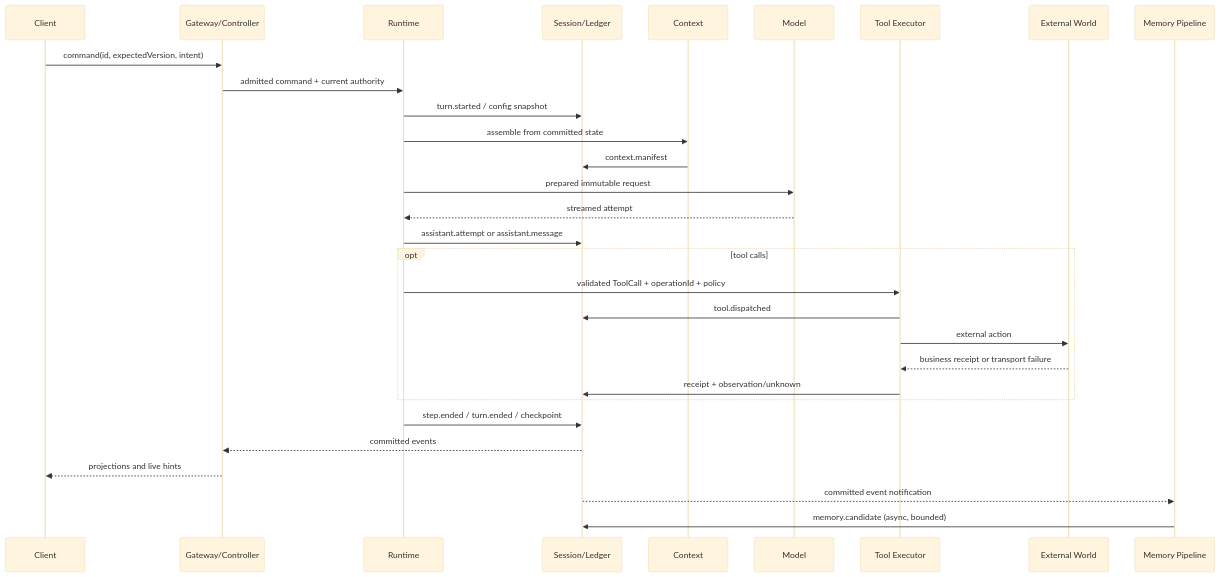
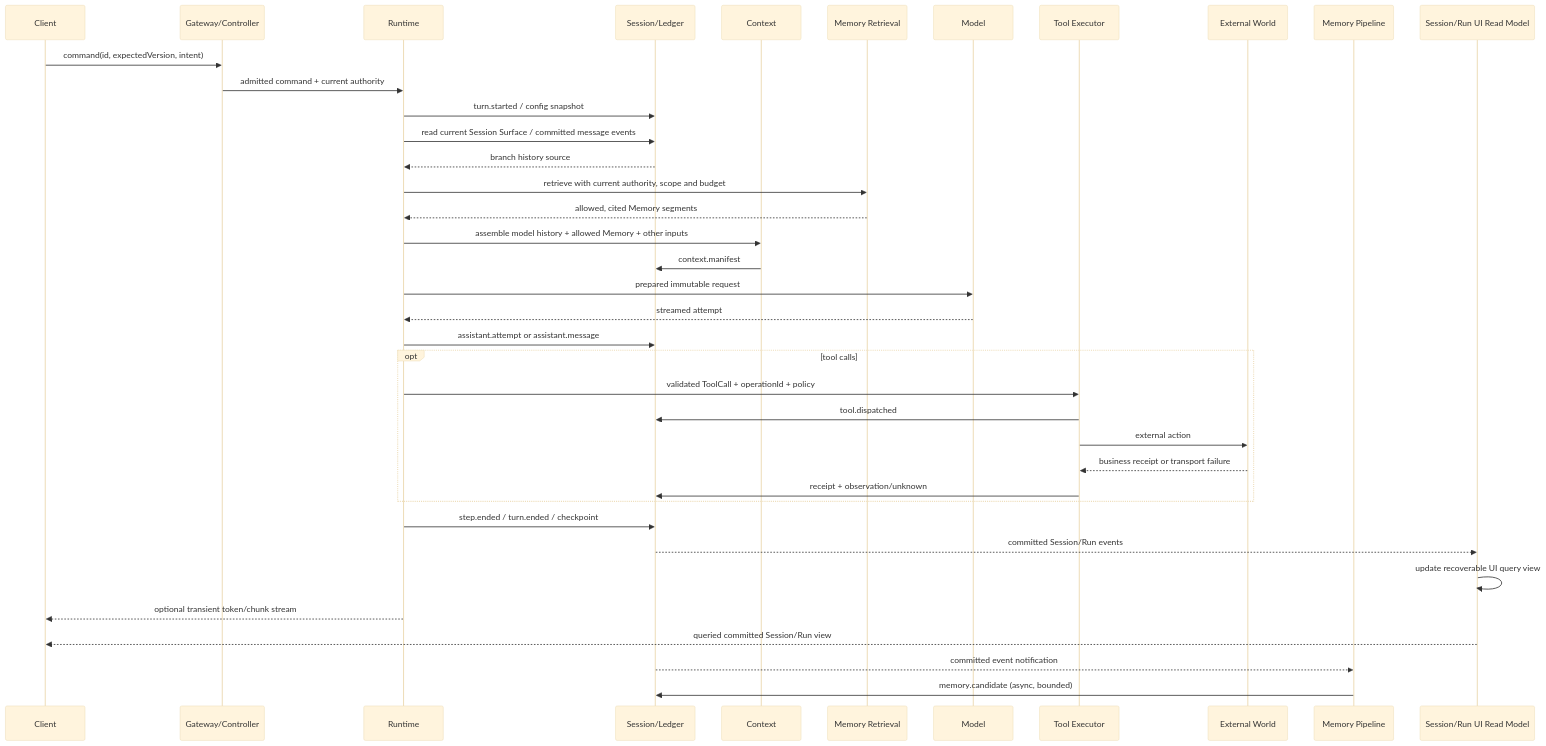
Before and after one commit to Cainheart/tracegraph-agent: the second of 2 diagrams in docs/outlive-agent-v2/01-system-architecture/README.md, drawn with Mermaid (base theme). The commit also changed other lines of this file and 35 other files, not shown here.

First line of the commit message:
docs(architecture): 以 Agent Runtime 与 Session/Evidence 取代三平面模型

````diff
--- a/docs/outlive-agent-v2/01-system-architecture/README.md
+++ b/docs/outlive-agent-v2/01-system-architecture/README.md
@@ -141,33 +159,41 @@
 ```mermaid
 sequenceDiagram
   participant C as Client
   participant G as Gateway/Controller
   participant R as Runtime
   participant S as Session/Ledger
   participant X as Context
+  participant MR as Memory Retrieval
   participant M as Model
   participant T as Tool Executor
   participant E as External World
   participant MM as Memory Pipeline
+  participant Q as Session/Run UI Read Model
 
   C->>G: command(id, expectedVersion, intent)
   G->>R: admitted command + current authority
   R->>S: turn.started / config snapshot
-  R->>X: assemble from committed state
+  R->>S: read current Session Surface / committed message events
+  S-->>R: branch history source
+  R->>MR: retrieve with current authority, scope and budget
+  MR-->>R: allowed, cited Memory segments
+  R->>X: assemble model history + allowed Memory + other inputs
   X->>S: context.manifest
   R->>M: prepared immutable request
   M-->>R: streamed attempt
   R->>S: assistant.attempt or assistant.message
   opt tool calls
     R->>T: validated ToolCall + operationId + policy
     T->>S: tool.dispatched
     T->>E: external action
     E-->>T: business receipt or transport failure
     T->>S: receipt + observation/unknown
   end
   R->>S: step.ended / turn.ended / checkpoint
-  S-->>G: committed events
-  G-->>C: projections and live hints
+  S-->>Q: committed Session/Run events
+  Q->>Q: update recoverable UI query view
+  R-->>C: optional transient token/chunk stream
+  Q-->>C: queried committed Session/Run view
   S-->>MM: committed event notification
   MM->>S: memory.candidate (async, bounded)
 ```
````
